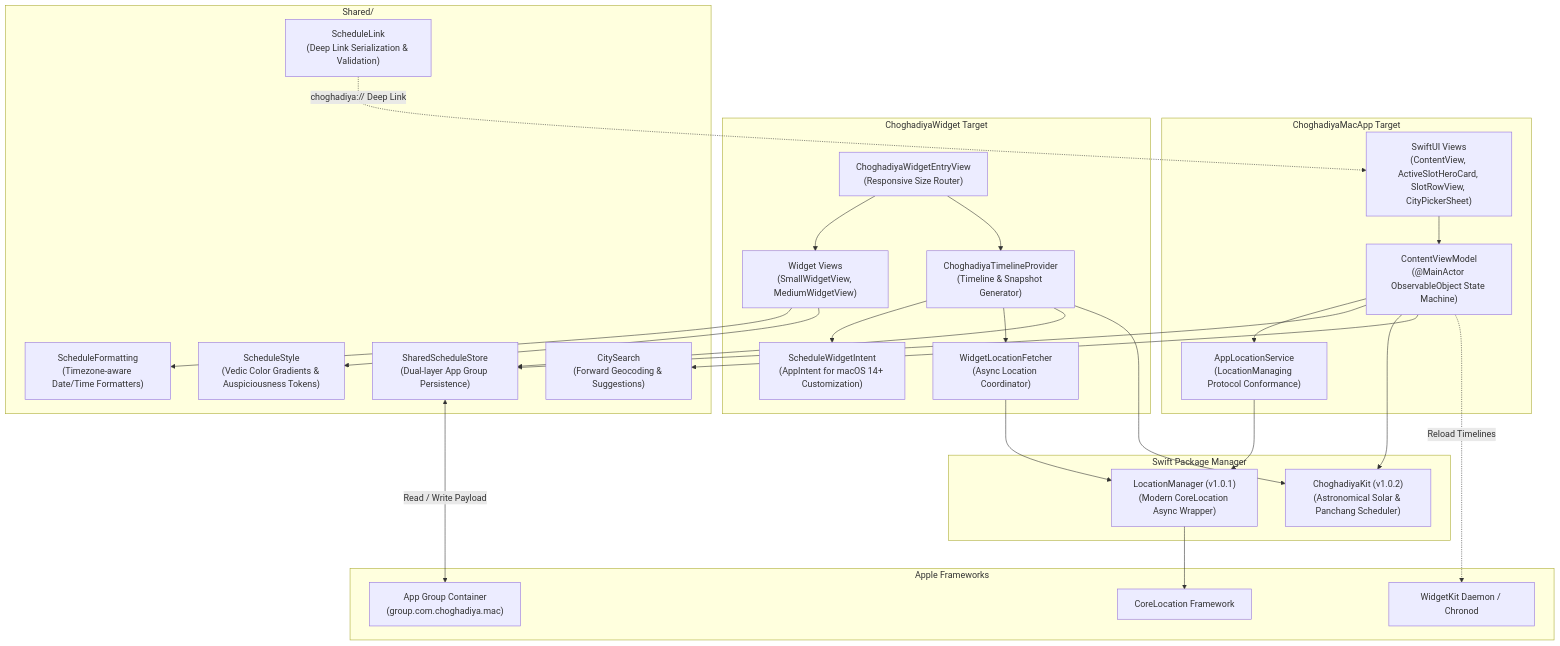
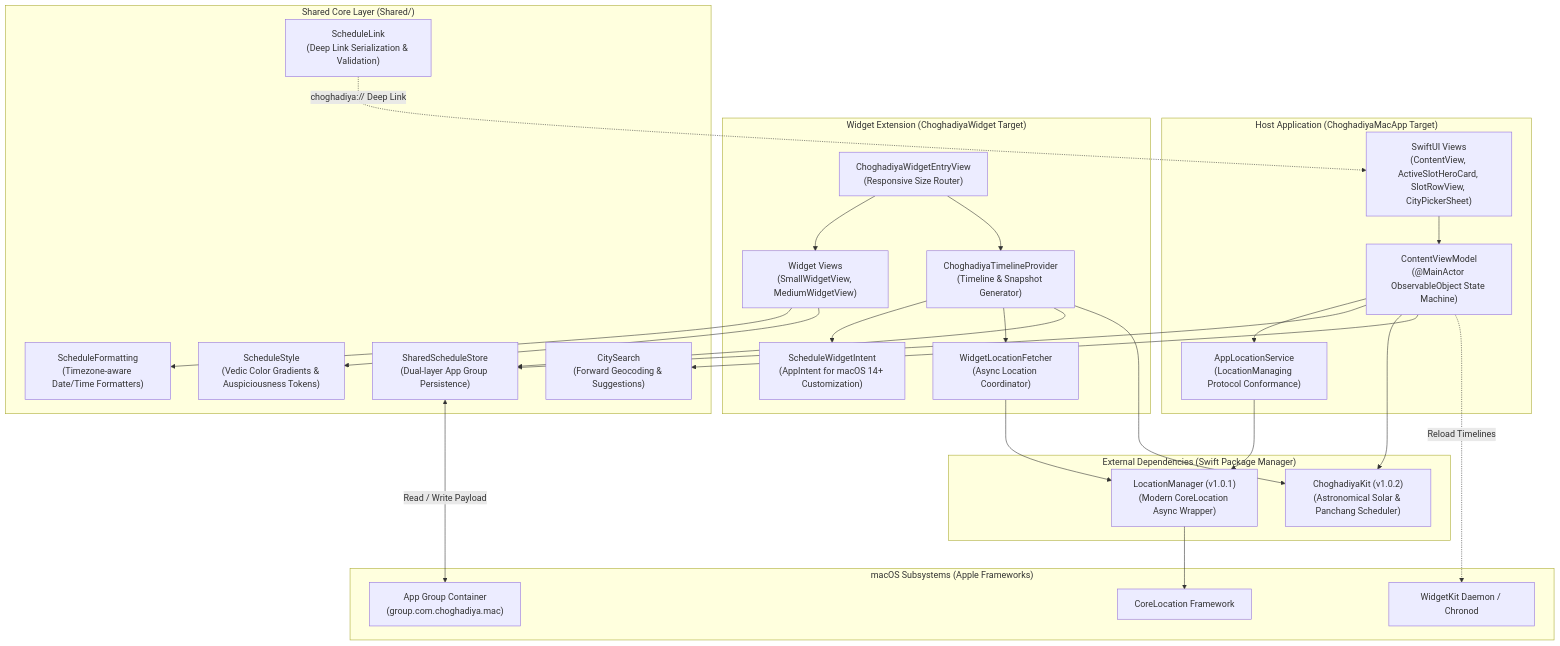
Before and after one commit to bhargavkukadiya/ChoghadiyaMac: the first of 2 diagrams in ARCHITECTURE.md, drawn with Mermaid. The commit also changed other lines of this file and 5 other files, not shown here.

````diff
--- a/ARCHITECTURE.md
+++ b/ARCHITECTURE.md
@@ -37,60 +37,60 @@
 ```mermaid
 graph TB
-    subgraph Host Application [ChoghadiyaMacApp Target]
+    subgraph HostApp["Host Application (ChoghadiyaMacApp Target)"]
         AppUI["SwiftUI Views<br/>(ContentView, ActiveSlotHeroCard, SlotRowView, CityPickerSheet)"]
         CVM["ContentViewModel<br/>(@MainActor ObservableObject State Machine)"]
         ALS["AppLocationService<br/>(LocationManaging Protocol Conformance)"]
     end
 
-    subgraph Widget Extension [ChoghadiyaWidget Target]
+    subgraph WidgetExtension["Widget Extension (ChoghadiyaWidget Target)"]
         WEntry["ChoghadiyaWidgetEntryView<br/>(Responsive Size Router)"]
         WViews["Widget Views<br/>(SmallWidgetView, MediumWidgetView)"]
         WTP["ChoghadiyaTimelineProvider<br/>(Timeline & Snapshot Generator)"]
         WIntent["ScheduleWidgetIntent<br/>(AppIntent for macOS 14+ Customization)"]
         WLF["WidgetLocationFetcher<br/>(Async Location Coordinator)"]
     end
 
-    subgraph Shared Core Layer [Shared/]
+    subgraph SharedCore["Shared Core Layer (Shared/)"]
         SSS["SharedScheduleStore<br/>(Dual-layer App Group Persistence)"]
         CitySearch["CitySearch<br/>(Forward Geocoding & Suggestions)"]
         Formatting["ScheduleFormatting<br/>(Timezone-aware Date/Time Formatters)"]
         Links["ScheduleLink<br/>(Deep Link Serialization & Validation)"]
         Style["ScheduleStyle<br/>(Vedic Color Gradients & Auspiciousness Tokens)"]
     end
 
-    subgraph External Dependencies [Swift Package Manager]
+    subgraph Dependencies["External Dependencies (Swift Package Manager)"]
         CK["ChoghadiyaKit (v1.0.2)<br/>(Astronomical Solar & Panchang Scheduler)"]
         LM["LocationManager (v1.0.1)<br/>(Modern CoreLocation Async Wrapper)"]
     end
 
-    subgraph macOS Subsystems [Apple Frameworks]
+    subgraph MacOSSubsystems["macOS Subsystems (Apple Frameworks)"]
         CoreLoc["CoreLocation Framework"]
         WidgetDaemon["WidgetKit Daemon / Chronod"]
         AppGroupFS["App Group Container<br/>(group.com.choghadiya.mac)"]
     end
 
     %% Host App Relationships
     AppUI --> CVM
     CVM --> ALS
     CVM --> SSS
     CVM --> CK
     CVM --> CitySearch
     ALS --> LM
     LM --> CoreLoc
 
     %% Widget Relationships
     WEntry --> WViews
     WViews --> Formatting
     WViews --> Style
     WEntry --> WTP
     WTP --> WIntent
     WTP --> WLF
     WTP --> SSS
     WTP --> CK
     WLF --> LM
 
     %% IPC & System
     SSS <-->|Read / Write Payload| AppGroupFS
     Links -.->|choghadiya:// Deep Link| AppUI
     CVM -.->|Reload Timelines| WidgetDaemon
 ```
````
